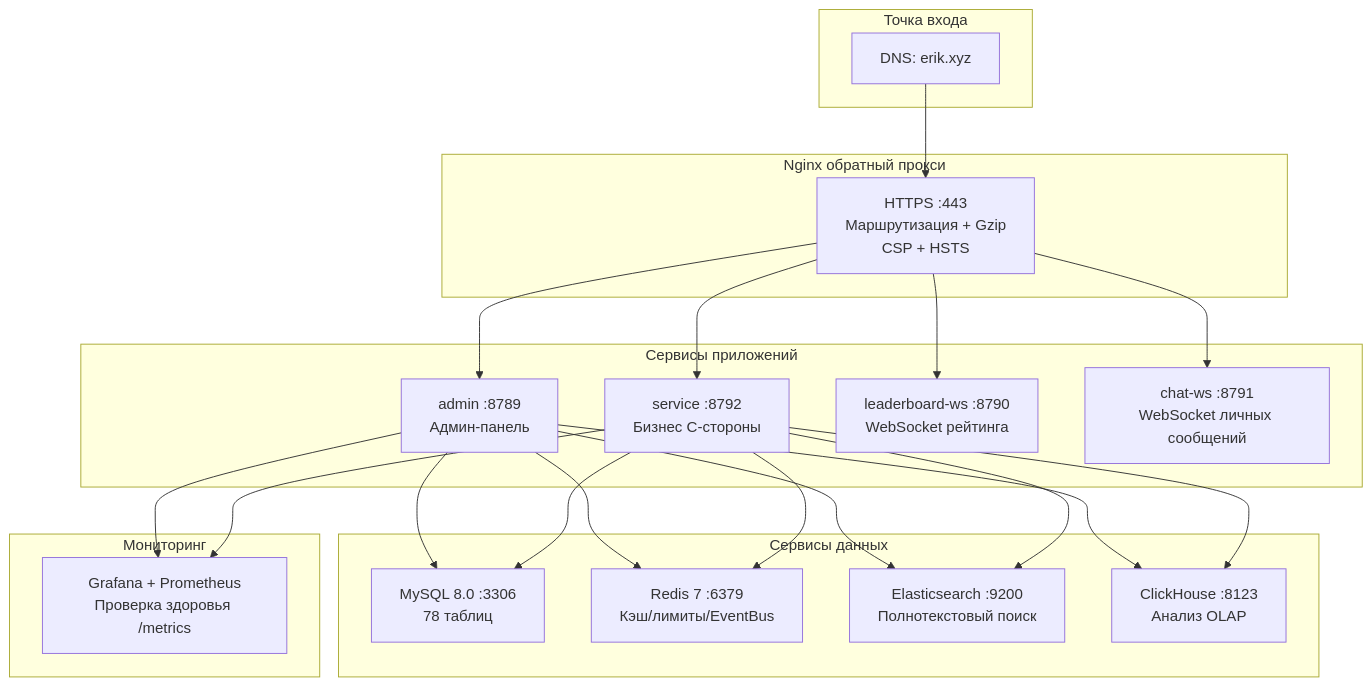
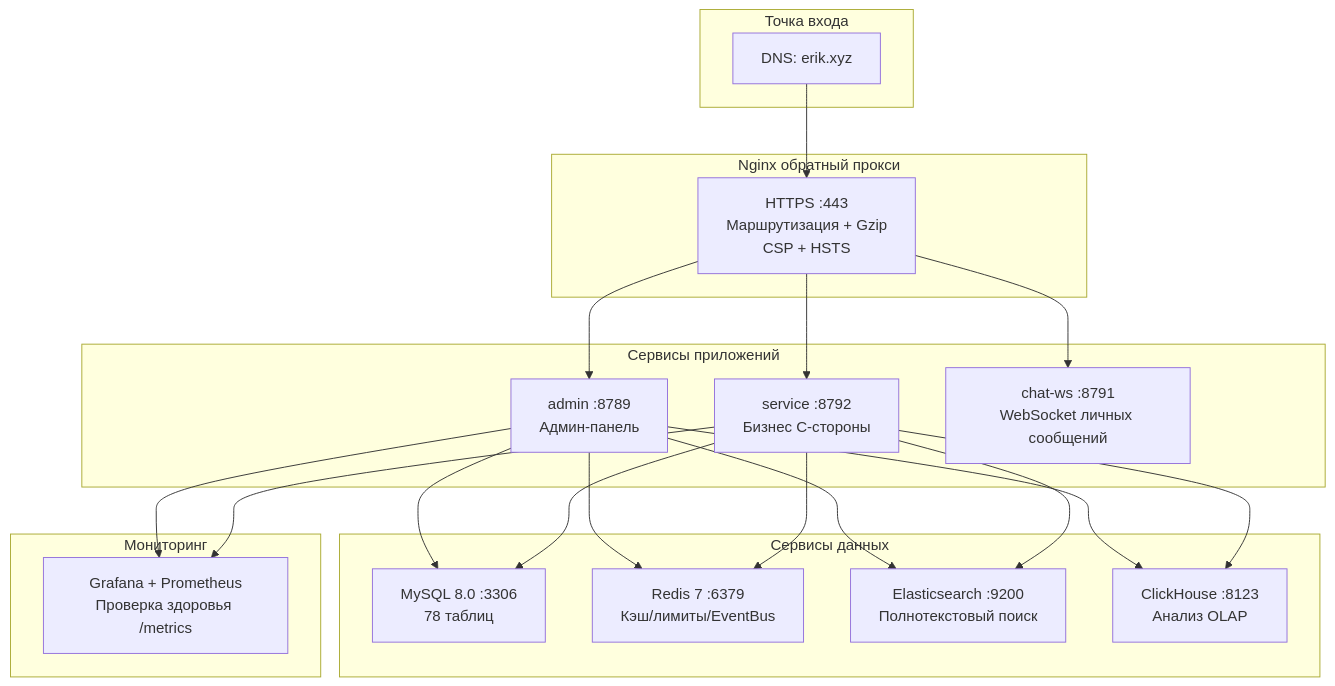
One commit to erikwang2013/game-platform-php changed the diagram in admin/docs/diagrams/12-deployment.ru.md. Above: the diagram before and after it, drawn with Mermaid. The commit also changed 710 other files, not shown here.

````diff
--- a/admin/docs/diagrams/12-deployment.ru.md
+++ b/admin/docs/diagrams/12-deployment.ru.md
@@ -7,33 +7,32 @@
 ```mermaid
 flowchart TB
     subgraph "Точка входа"
         DNS["DNS: erik.xyz"]
     end
 
     subgraph "Nginx обратный прокси"
         NGX["HTTPS :443<br/>Маршрутизация + Gzip<br/>CSP + HSTS"]
     end
 
     subgraph "Сервисы приложений"
         ADM["admin :8789<br/>Админ-панель"]
         SVC["service :8792<br/>Бизнес C-стороны"]
-        LB["leaderboard-ws :8790<br/>WebSocket рейтинга"]
         CHAT["chat-ws :8791<br/>WebSocket личных сообщений"]
     end
 
     subgraph "Сервисы данных"
         MYSQL["MySQL 8.0 :3306<br/>78 таблиц"]
         REDIS["Redis 7 :6379<br/>Кэш/лимиты/EventBus"]
         ES["Elasticsearch :9200<br/>Полнотекстовый поиск"]
         CH["ClickHouse :8123<br/>Анализ OLAP"]
     end
 
     subgraph "Мониторинг"
         MON["Grafana + Prometheus<br/>Проверка здоровья /metrics"]
     end
 
     DNS --> NGX
-    NGX --> ADM & SVC & LB & CHAT
+    NGX --> ADM & SVC & CHAT
     ADM & SVC --> MYSQL & REDIS & ES & CH
     ADM & SVC --> MON
 ```
````
